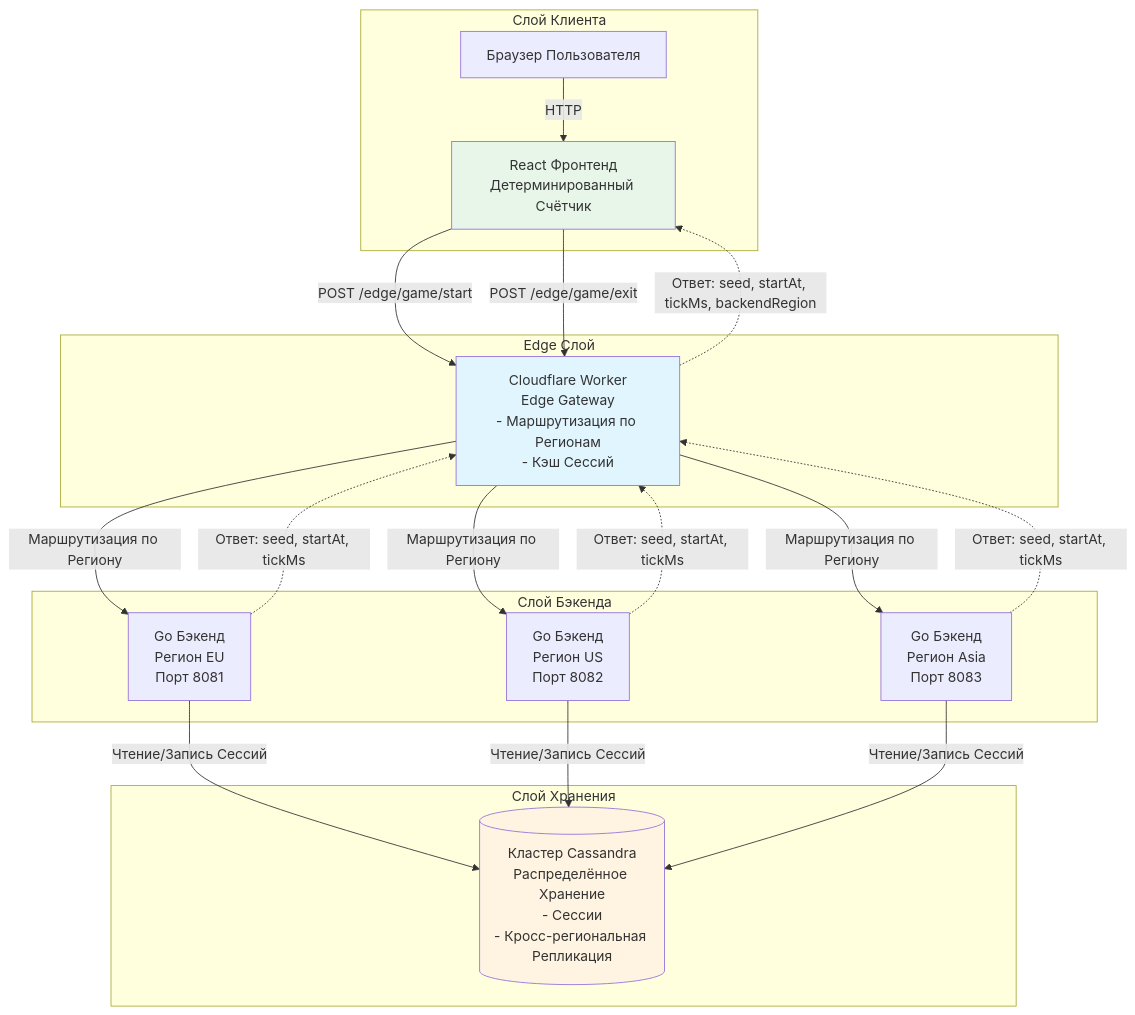
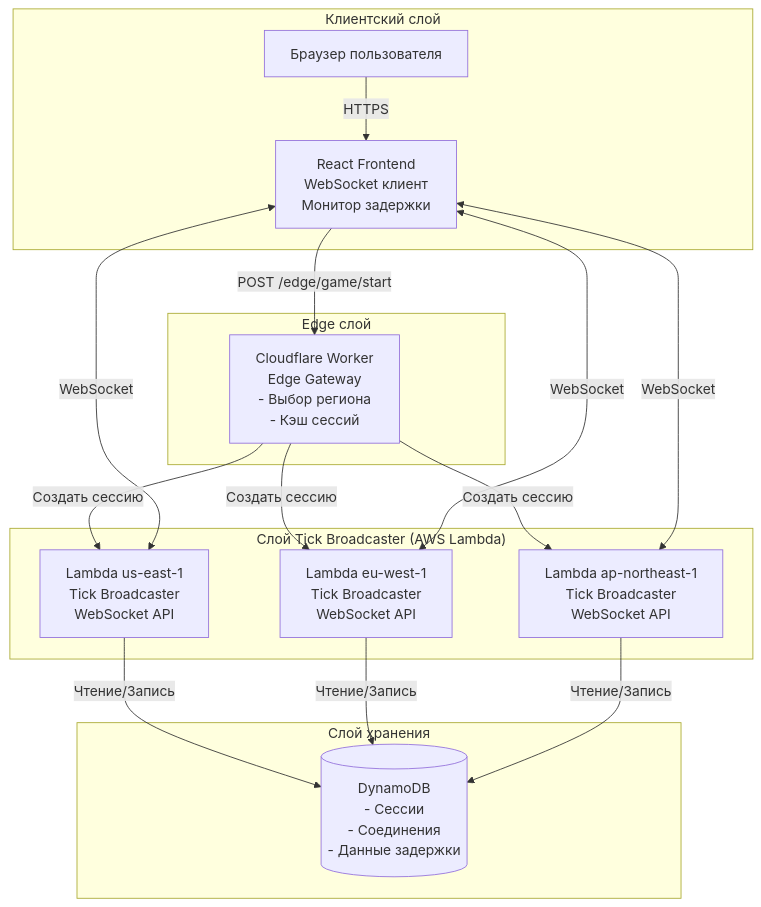
Before and after one commit to molkiya/distrubuted-game-mechanic: the first of 2 diagrams in ARCHITECTURE.ru.md, drawn with Mermaid. The commit also changed other lines of this file and 29 other files, not shown here.

Commit message:
feat(micro-backend): Add new fuctionality to use AWS lambda microbackend for share ticks between geo-distributed clients

````diff
--- a/ARCHITECTURE.ru.md
+++ b/ARCHITECTURE.ru.md
@@ -29,43 +49,36 @@
 ```mermaid
 graph TB
-    subgraph "Слой Клиента"
-        User[Браузер Пользователя]
-        React[React Фронтенд<br/>Детерминированный Счётчик]
+    subgraph "Клиентский слой"
+        User[Браузер пользователя]
+        React[React Frontend<br/>WebSocket клиент<br/>Монитор задержки]
     end
     
-    subgraph "Edge Слой"
-        Edge[Cloudflare Worker<br/>Edge Gateway<br/>- Маршрутизация по Регионам<br/>- Кэш Сессий]
+    subgraph "Edge слой"
+        Edge[Cloudflare Worker<br/>Edge Gateway<br/>- Выбор региона<br/>- Кэш сессий]
     end
     
-    subgraph "Слой Бэкенда"
-        EU[Go Бэкенд<br/>Регион EU<br/>Порт 8081]
-        US[Go Бэкенд<br/>Регион US<br/>Порт 8082]
-        ASIA[Go Бэкенд<br/>Регион Asia<br/>Порт 8083]
+    subgraph "Слой Tick Broadcaster (AWS Lambda)"
+        US[Lambda us-east-1<br/>Tick Broadcaster<br/>WebSocket API]
+        EU[Lambda eu-west-1<br/>Tick Broadcaster<br/>WebSocket API]
+        ASIA[Lambda ap-northeast-1<br/>Tick Broadcaster<br/>WebSocket API]
     end
     
-    subgraph "Слой Хранения"
-        Cassandra[(Кластер Cassandra<br/>Распределённое Хранение<br/>- Сессии<br/>- Кросс-региональная Репликация)]
+    subgraph "Слой хранения"
+        DynamoDB[(DynamoDB<br/>- Сессии<br/>- Соединения<br/>- Данные задержки)]
     end
     
-    User -->|HTTP| React
+    User -->|HTTPS| React
     React -->|POST /edge/game/start| Edge
-    React -->|POST /edge/game/exit| Edge
     
-    Edge -->|Маршрутизация по Региону| EU
-    Edge -->|Маршрутизация по Региону| US
-    Edge -->|Маршрутизация по Региону| ASIA
+    Edge -->|Создать сессию| US
+    Edge -->|Создать сессию| EU
+    Edge -->|Создать сессию| ASIA
     
-    EU -->|Чтение/Запись Сессий| Cassandra
-    US -->|Чтение/Запись Сессий| Cassandra
-    ASIA -->|Чтение/Запись Сессий| Cassandra
+    React <-->|WebSocket| US
+    React <-->|WebSocket| EU
+    React <-->|WebSocket| ASIA
     
-    EU -.->|Ответ: seed, startAt, tickMs| Edge
-    US -.->|Ответ: seed, startAt, tickMs| Edge
-    ASIA -.->|Ответ: seed, startAt, tickMs| Edge
-    
-    Edge -.->|Ответ: seed, startAt, tickMs, backendRegion| React
-    
-    style Edge fill:#e1f5ff
-    style Cassandra fill:#fff4e1
-    style React fill:#e8f5e9
+    US -->|Чтение/Запись| DynamoDB
+    EU -->|Чтение/Запись| DynamoDB
+    ASIA -->|Чтение/Запись| DynamoDB
 ```
````
